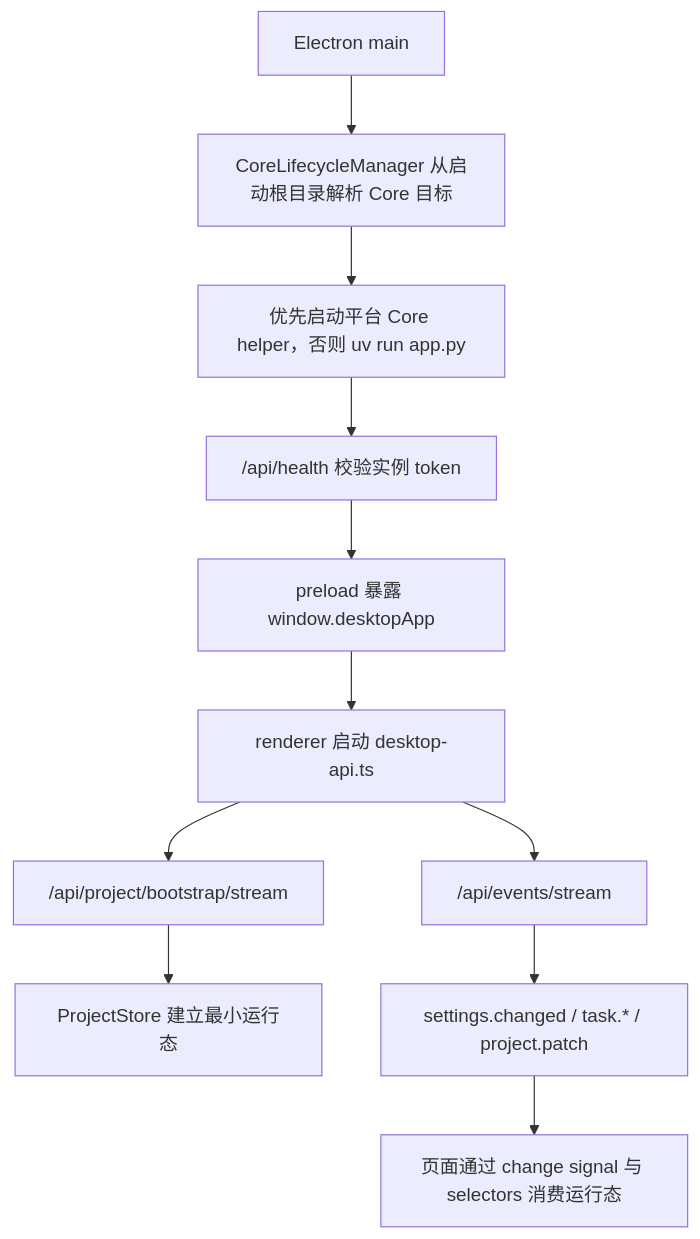
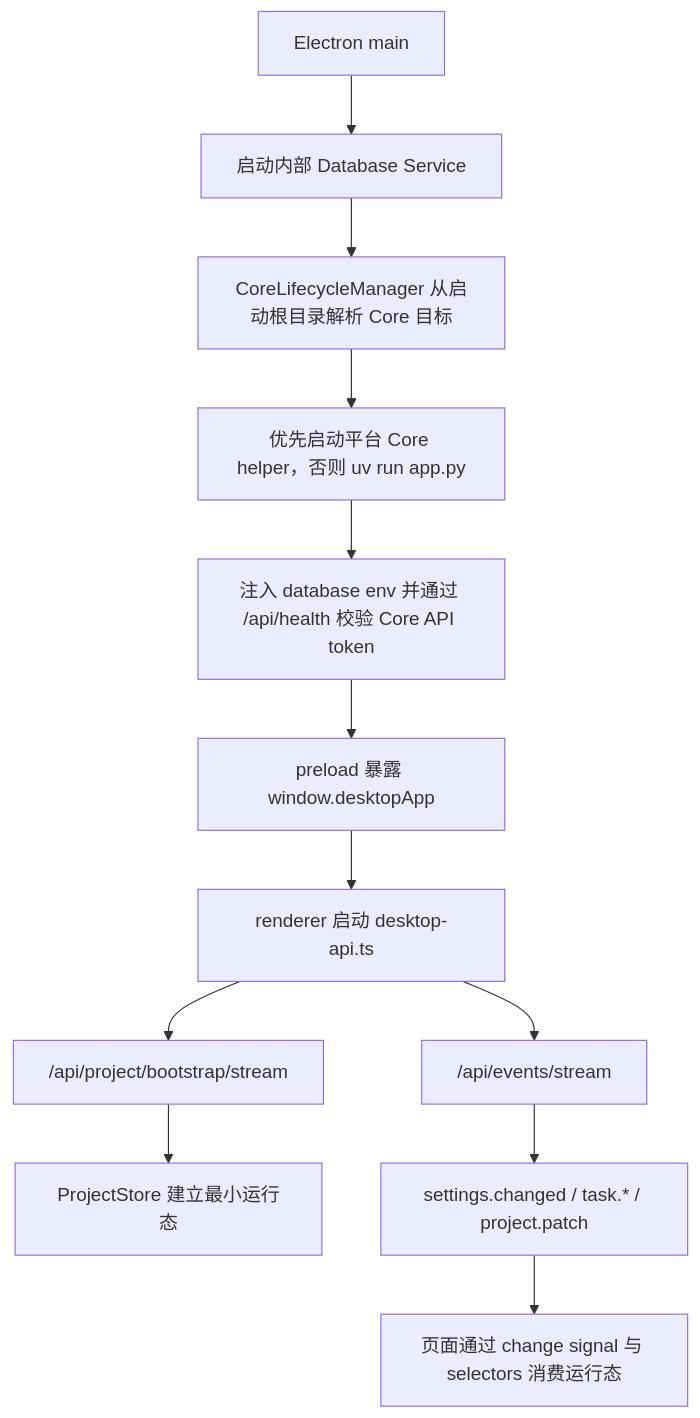
Before and after one commit to neavo/LinguaGacha: the second of 3 diagrams in docs/ARCHITECTURE.md, drawn with Mermaid. The commit also changed other lines of this file and 64 other files, not shown here.

````diff
--- a/docs/ARCHITECTURE.md
+++ b/docs/ARCHITECTURE.md
@@ -49,13 +52,14 @@
 ```mermaid
 flowchart TD
-    A["Electron main"] --> B["CoreLifecycleManager 从启动根目录解析 Core 目标"]
+    A["Electron main"] --> S["启动内部 Database Service"]
+    S --> B["CoreLifecycleManager 从启动根目录解析 Core 目标"]
     B --> C["优先启动平台 Core helper，否则 uv run app.py"]
-    C --> D["/api/health 校验实例 token"]
+    C --> D["注入 database env 并通过 /api/health 校验 Core API token"]
     D --> E["preload 暴露 window.desktopApp"]
     E --> F["renderer 启动 desktop-api.ts"]
     F --> G["/api/project/bootstrap/stream"]
     G --> H["ProjectStore 建立最小运行态"]
     F --> I["/api/events/stream"]
     I --> J["settings.changed / task.* / project.patch"]
     J --> K["页面通过 change signal 与 selectors 消费运行态"]
 ```
````
